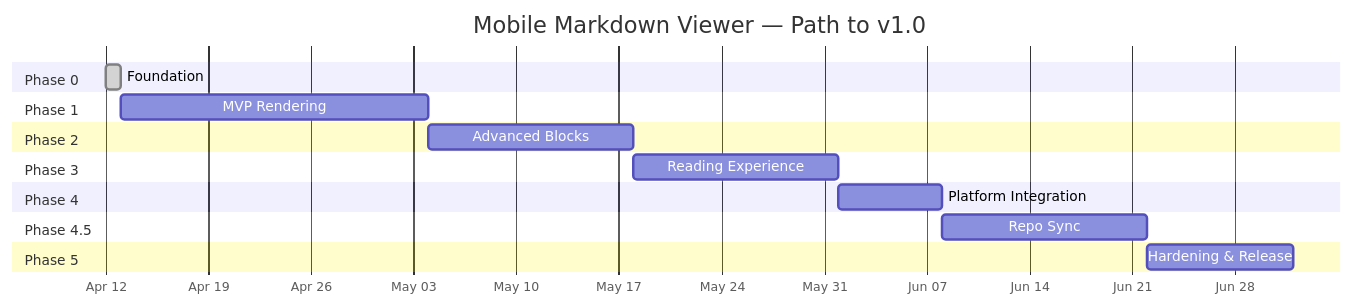
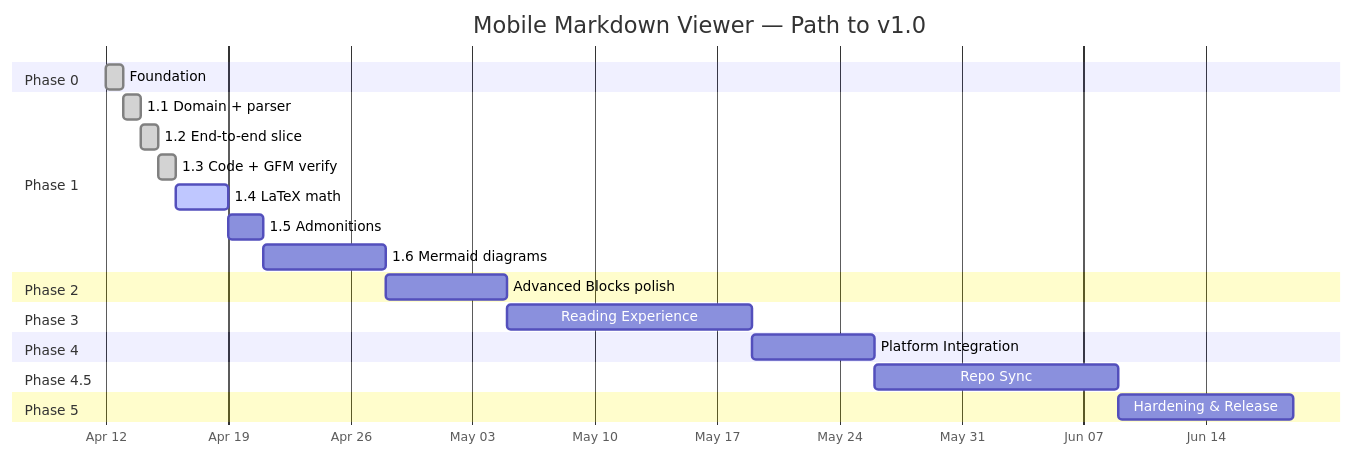
Before and after one commit to cemililik/markdown-viewer-mobile: the diagram in docs/roadmap.md, drawn with Mermaid. The commit also changed other lines of this file, not shown here.

First line of the commit message:
docs(roadmap): split Phase 1 into six thin slices and mark progress

````diff
--- a/docs/roadmap.md
+++ b/docs/roadmap.md
@@ -8,27 +8,32 @@
 ```mermaid
 gantt
     title Mobile Markdown Viewer — Path to v1.0
     dateFormat  YYYY-MM-DD
     axisFormat  %b %d
 
     section Phase 0
-    Foundation             :done, p0, 2026-04-12, 1d
+    Foundation               :done, p0, 2026-04-12, 1d
 
     section Phase 1
-    MVP Rendering          :p1, after p0, 21d
+    1.1 Domain + parser      :done, p11, 2026-04-13, 1d
+    1.2 End-to-end slice     :done, p12, after p11, 1d
+    1.3 Code + GFM verify    :done, p13, after p12, 1d
+    1.4 LaTeX math           :active, p14, after p13, 3d
+    1.5 Admonitions          :p15, after p14, 2d
+    1.6 Mermaid diagrams     :p16, after p15, 7d
 
     section Phase 2
-    Advanced Blocks        :p2, after p1, 14d
+    Advanced Blocks polish   :p2, after p16, 7d
 
     section Phase 3
-    Reading Experience     :p3, after p2, 14d
+    Reading Experience       :p3, after p2, 14d
 
     section Phase 4
-    Platform Integration   :p4, after p3, 7d
+    Platform Integration     :p4, after p3, 7d
 
     section Phase 4.5
-    Repo Sync              :p45, after p4, 14d
+    Repo Sync                :p45, after p4, 14d
 
     section Phase 5
-    Hardening & Release    :p5, after p45, 10d
+    Hardening & Release      :p5, after p45, 10d
 ```
````
